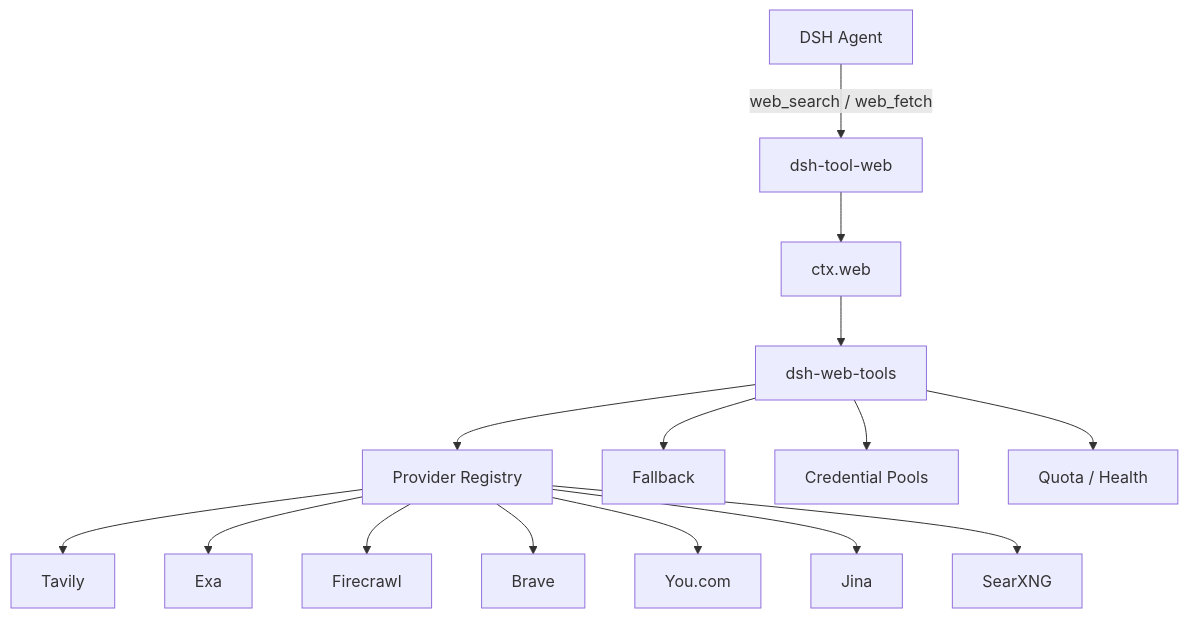
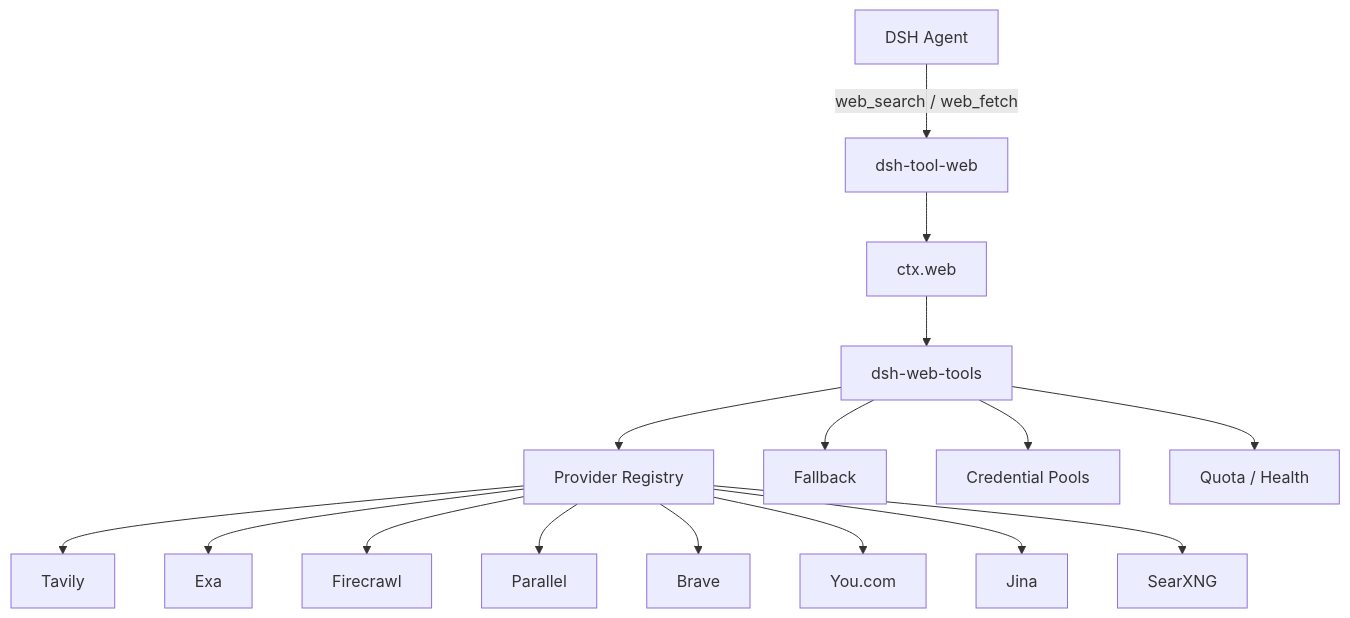
The first of 2 diagrams in README.zh-CN.md (A3Boy/dsh-web-tools), drawn with Mermaid before and after one commit. The commit also changed other lines of this file and 11 other files, not shown here.

````diff
--- a/README.zh-CN.md
+++ b/README.zh-CN.md
@@ -381,19 +386,20 @@
 ```mermaid
 flowchart TD
     Agent["DSH Agent"] -->|"web_search / web_fetch"| Tool["dsh-tool-web"]
     Tool --> Web["ctx.web"]
     Web --> Hub["dsh-web-tools"]
 
     Hub --> Registry["Provider Registry"]
     Hub --> Fallback["Fallback"]
     Hub --> Pools["Credential Pools"]
     Hub --> Quota["Quota / Health"]
 
     Registry --> Tavily["Tavily"]
     Registry --> Exa["Exa"]
     Registry --> Firecrawl["Firecrawl"]
+    Registry --> Parallel["Parallel"]
     Registry --> Brave["Brave"]
     Registry --> You["You.com"]
     Registry --> Jina["Jina"]
     Registry --> SearXNG["SearXNG"]
 ```
````
